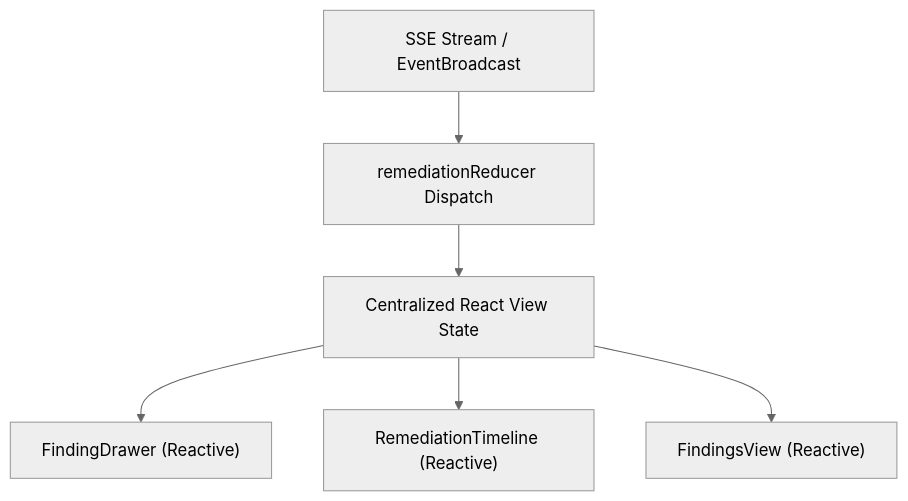
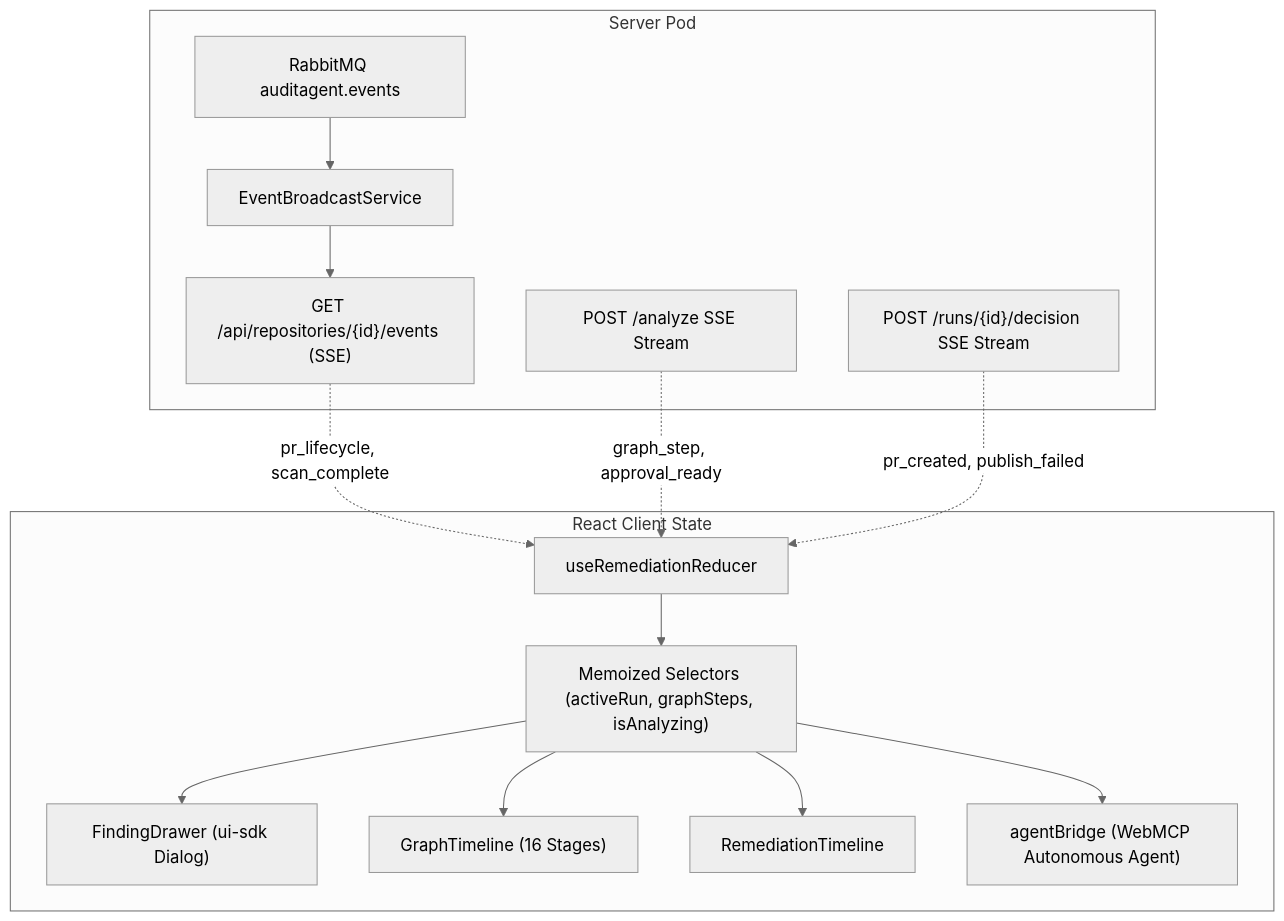
Before and after one commit to ezazulhaq/auditagent: the seventh of 7 diagrams in doc/19-concurrency-and-realtime-stability-plan.md, drawn with Mermaid (neutral theme). The commit also changed other lines of this file and 12 other files, not shown here.

````diff
--- a/doc/19-concurrency-and-realtime-stability-plan.md
+++ b/doc/19-concurrency-and-realtime-stability-plan.md
@@ -422,8 +577,20 @@
 ```mermaid
 flowchart TD
-    SSE["SSE Stream / EventBroadcast"] --> D["remediationReducer Dispatch"]
-    D --> UI["Centralized React View State"]
-    UI --> FD["FindingDrawer (Reactive)"]
-    UI --> RT["RemediationTimeline (Reactive)"]
-    UI --> FV["FindingsView (Reactive)"]
+    subgraph Server Pod
+        RMQ["RabbitMQ auditagent.events"] --> EB["EventBroadcastService"]
+        EB --> ES["GET /api/repositories/{id}/events (SSE)"]
+        AS["POST /analyze SSE Stream"]
+        DS["POST /runs/{id}/decision SSE Stream"]
+    end
+
+    subgraph React Client State
+        ES -.->|pr_lifecycle, scan_complete| R["useRemediationReducer"]
+        AS -.->|graph_step, approval_ready| R
+        DS -.->|pr_created, publish_failed| R
+        R --> Selector["Memoized Selectors (activeRun, graphSteps, isAnalyzing)"]
+        Selector --> FD["FindingDrawer (ui-sdk Dialog)"]
+        Selector --> GT["GraphTimeline (16 Stages)"]
+        Selector --> RT["RemediationTimeline"]
+        Selector --> AB["agentBridge (WebMCP Autonomous Agent)"]
+    end
 ```
````
